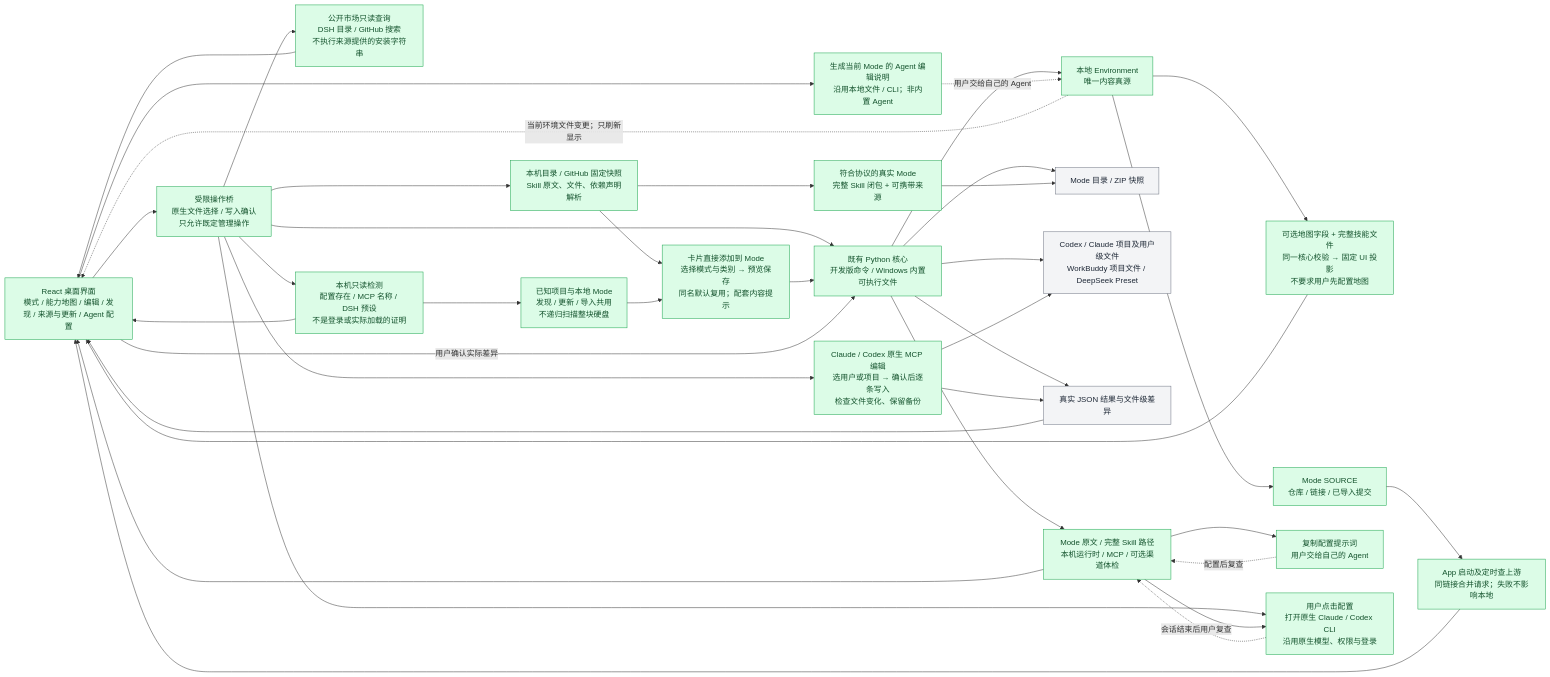
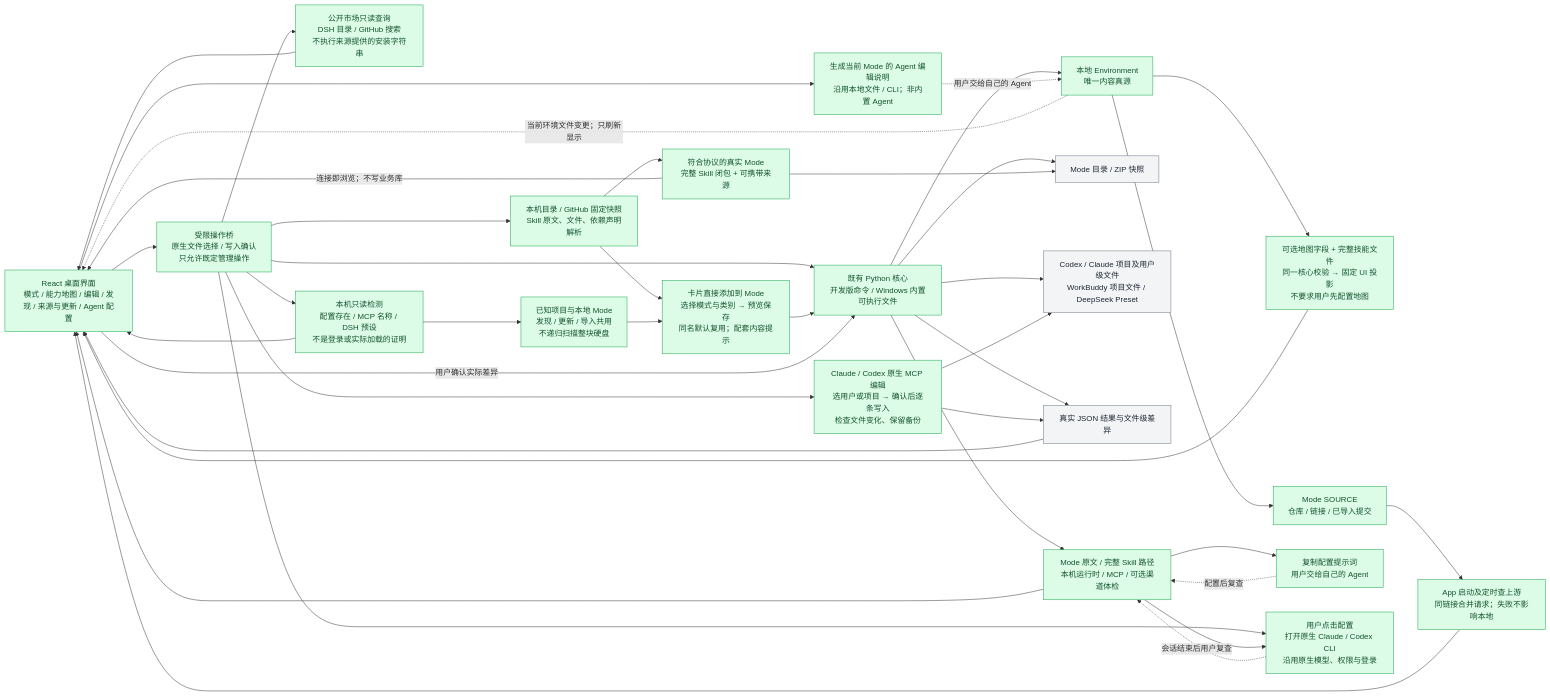
One commit to qihangzhang-272/asl-harness changed the eighth of 22 diagrams in docs/asl-architecture-views.md. Above: the diagram before and after it, drawn with Mermaid. The commit also changed other lines of this file, not shown here.

Commit message:
2026-09-26 22:23｜同步模式库层级总图与桌面实测和交付边界

````diff
--- a/docs/asl-architecture-views.md
+++ b/docs/asl-architecture-views.md
@@ -660,44 +690,45 @@
 ```mermaid
 flowchart LR
     UI["React 桌面界面<br/>模式 / 能力地图 / 编辑 / 发现 / 来源与更新 / Agent 配置"] --> IPC["受限操作桥<br/>原生文件选择 / 写入确认<br/>只允许既定管理操作"]
     IPC --> CORE["既有 Python 核心<br/>开发版命令 / Windows 内置可执行文件"]
     CORE --> ENV["本地 Environment<br/>唯一内容真源"]
     CORE --> PACK["Mode 目录 / ZIP 快照"]
     CORE --> HOST["Codex / Claude 项目及用户级文件<br/>WorkBuddy 项目文件 / DeepSeek Preset"]
     CORE --> RESULT["真实 JSON 结果与文件级差异"]
     ENV --> FIELDS["可选地图字段 + 完整技能文件<br/>同一核心校验 → 固定 UI 投影<br/>不要求用户先配置地图"]
     FIELDS --> UI
     ENV -.当前环境文件变更；只刷新显示.-> UI
     UI --> GUIDE["生成当前 Mode 的 Agent 编辑说明<br/>沿用本地文件 / CLI；非内置 Agent"]
     GUIDE -.用户交给自己的 Agent.-> ENV
     IPC --> MARKET["公开市场只读查询<br/>DSH 目录 / GitHub 搜索<br/>不执行来源提供的安装字符串"]
     IPC --> SCAN["本机目录 / GitHub 固定快照<br/>Skill 原文、文件、依赖声明解析"]
     SCAN --> CHOICE["卡片直接添加到 Mode<br/>选择模式与类别 → 预览保存<br/>同名默认复用；配套内容提示"]
     CHOICE --> CORE
     SCAN --> REMOTE["符合协议的真实 Mode<br/>完整 Skill 闭包 + 可携带来源"]
+    REMOTE -->|连接即浏览；不写业务库| UI
     REMOTE --> PACK
     ENV --> ORIGIN["Mode SOURCE<br/>仓库 / 链接 / 已导入提交"]
     ORIGIN --> POLL["App 启动及定时查上游<br/>同链接合并请求；失败不影响本地"]
     POLL --> UI
     UI -->|用户确认实际差异| CORE
     IPC --> NATIVE["本机只读检测<br/>配置存在 / MCP 名称 / DSH 预设<br/>不是登录或实际加载的证明"]
     NATIVE --> LOCAL["已知项目与本地 Mode<br/>发现 / 更新 / 导入共用<br/>不递归扫描整块硬盘"]
     LOCAL --> CHOICE
     IPC --> MCPEDIT["Claude / Codex 原生 MCP 编辑<br/>选用户或项目 → 确认后逐条写入<br/>检查文件变化、保留备份"]
     MCPEDIT --> HOST
     MCPEDIT --> RESULT
     CORE --> CHECK["Mode 原文 / 完整 Skill 路径<br/>本机运行时 / MCP / 可选渠道体检"]
     CHECK --> PROMPT["复制配置提示词<br/>用户交给自己的 Agent"]
     PROMPT -.配置后复查.-> CHECK
     IPC --> ASSIST["用户点击配置<br/>打开原生 Claude / Codex CLI<br/>沿用原生模型、权限与登录"]
     CHECK --> ASSIST
     ASSIST -.会话结束后用户复查.-> CHECK
     CHECK --> UI
     MARKET --> UI
     NATIVE --> UI
     RESULT --> UI
     classDef done fill:#dcfce7,stroke:#16a34a,color:#14532d;
     classDef generated fill:#f3f4f6,stroke:#6b7280,color:#1f2937;
     class UI,IPC,CORE,ENV,FIELDS,GUIDE,MARKET,SCAN,CHOICE,NATIVE,LOCAL,MCPEDIT,CHECK,PROMPT,ASSIST,REMOTE,ORIGIN,POLL done;
     class PACK,HOST,RESULT generated;
 ```
````
